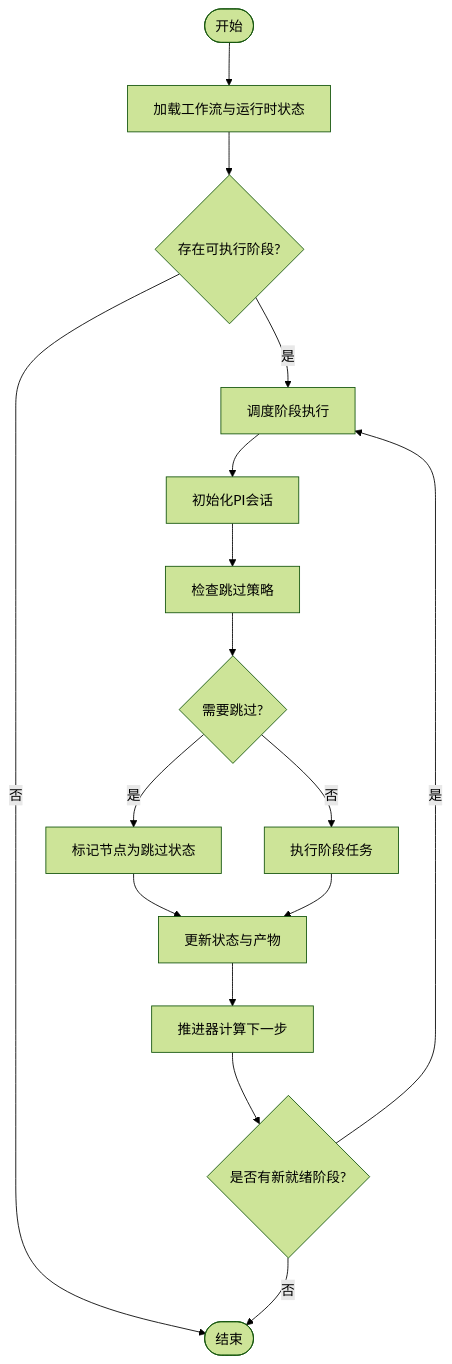
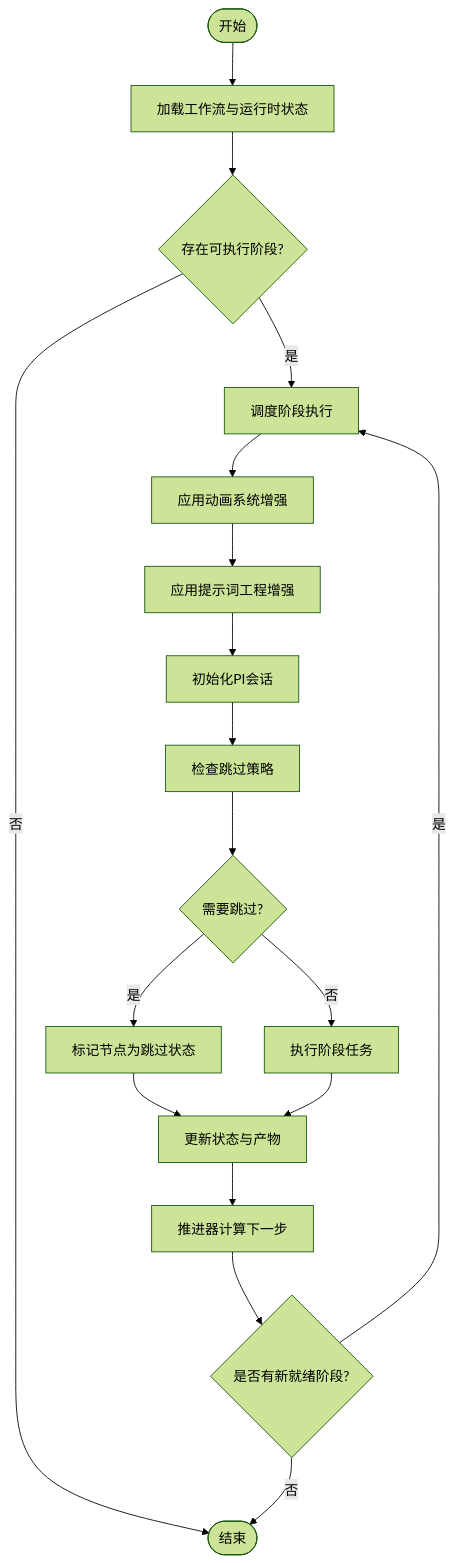
Before and after one commit to scottcwy/PurpleInk: the eighth of 9 diagrams in .qoder/repowiki/zh/content/API参考/导演系统API/导演系统API.md, drawn with Mermaid (forest theme). The commit also changed other lines of this file and 23 other files, not shown here.

````diff
--- a/.qoder/repowiki/zh/content/API参考/导演系统API/导演系统API.md
+++ b/.qoder/repowiki/zh/content/API参考/导演系统API/导演系统API.md
@@ -392,18 +489,20 @@
 ```mermaid
 flowchart TD
 Start(["开始"]) --> Load["加载工作流与运行时状态"]
 Load --> Ready{"存在可执行阶段?"}
 Ready --> |否| End(["结束"])
 Ready --> |是| Schedule["调度阶段执行"]
-Schedule --> InitSession["初始化PI会话"]
+Schedule --> AnimationEnhancement["应用动画系统增强"]
+AnimationEnhancement --> PromptEnhancement["应用提示词工程增强"]
+PromptEnhancement --> InitSession["初始化PI会话"]
 InitSession --> CheckSkip["检查跳过策略"]
 CheckSkip --> ShouldSkip{"需要跳过?"}
 ShouldSkip --> |是| MarkSkipped["标记节点为跳过状态"]
 ShouldSkip --> |否| Exec["执行阶段任务"]
 MarkSkipped --> Update["更新状态与产物"]
 Exec --> Update
 Update --> Advance["推进器计算下一步"]
 Advance --> NextReady{"是否有新就绪阶段?"}
 NextReady --> |是| Schedule
 NextReady --> |否| End
 ```
````
